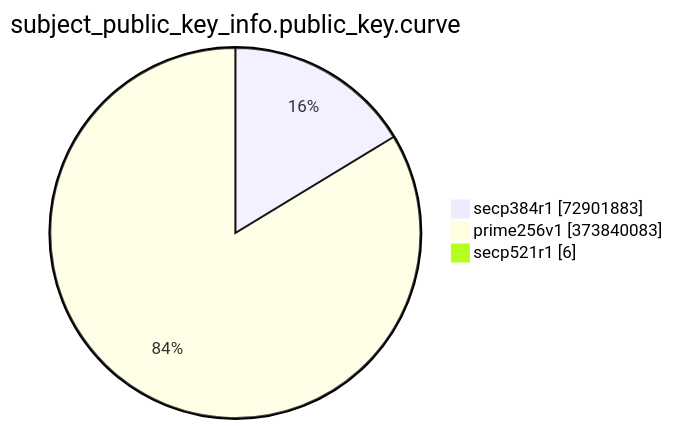
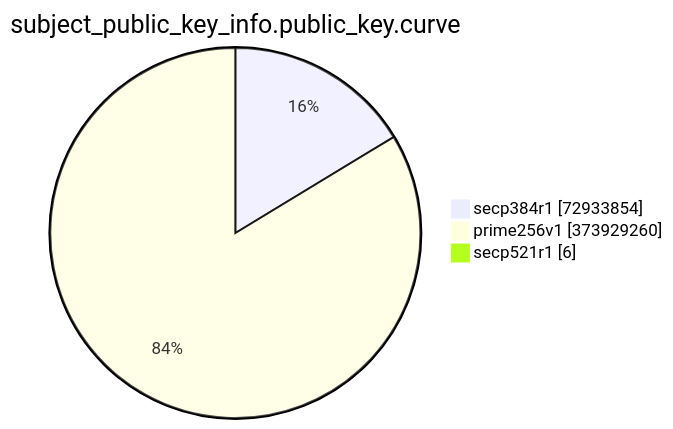
The eighth of 15 diagrams in TOTAL/README.md (christiankrug/ctmonitor_visualization), drawn with Mermaid before and after one commit. The commit also changed other lines of this file, not shown here.

````diff
--- a/TOTAL/README.md
+++ b/TOTAL/README.md
@@ -3092,7 +3092,7 @@
 ```mermaid
 pie showData
 title subject_public_key_info.public_key.curve
-"secp384r1" :72901883
-"prime256v1" :373840083
+"secp384r1" :72933854
+"prime256v1" :373929260
 "secp521r1" :6
 ```
````
